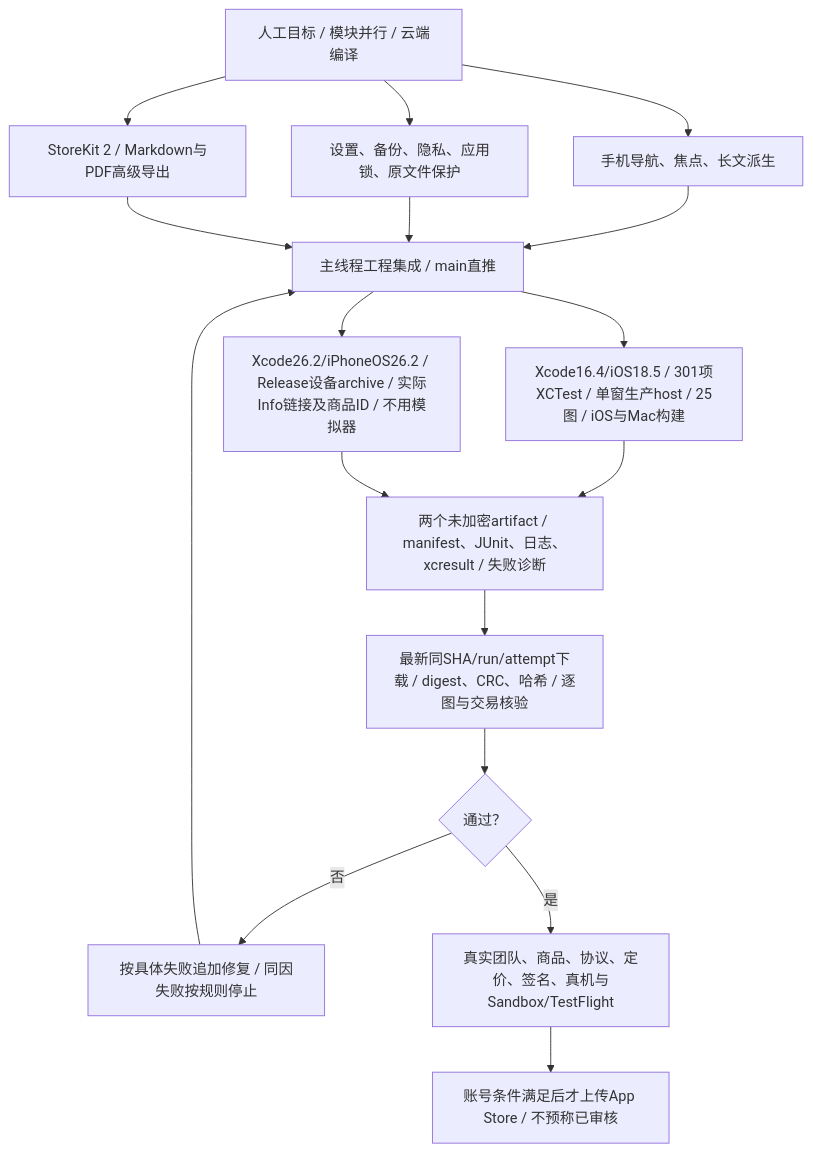
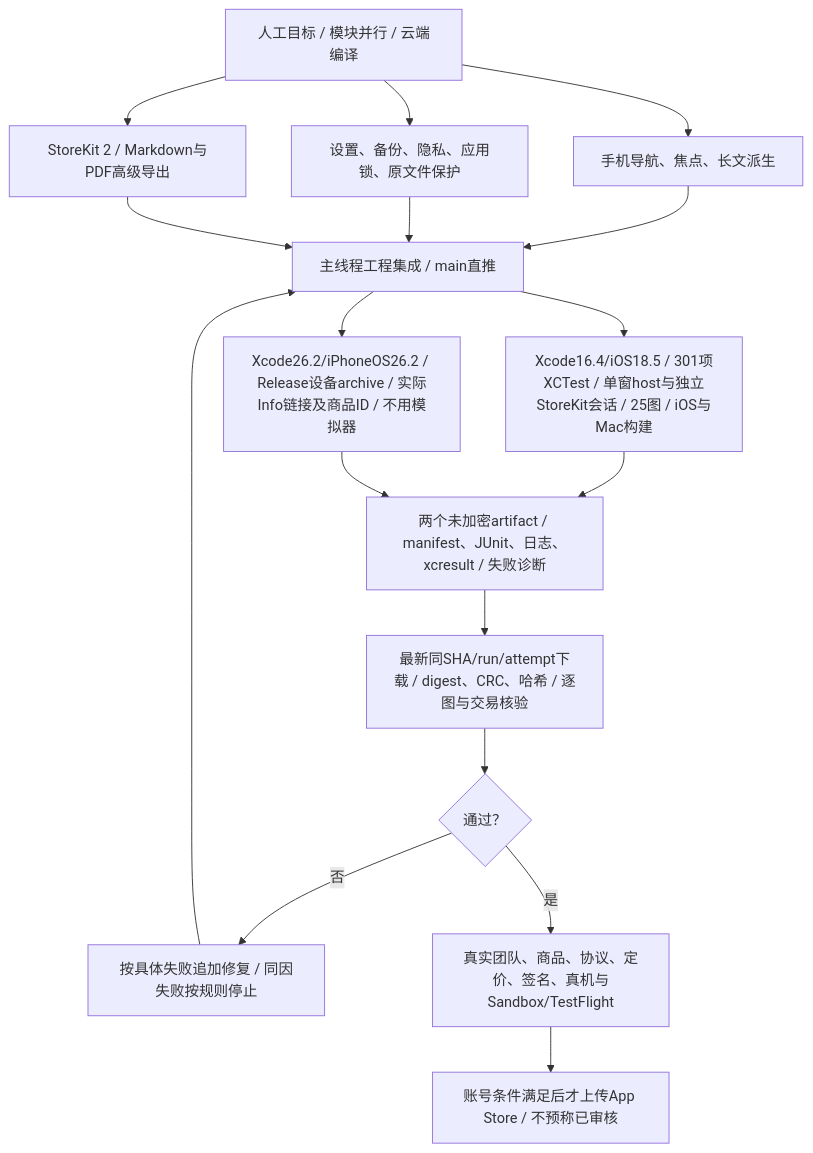
The fourth of 4 diagrams in md/flow/flowchart.md (Altman-sam114/117), drawn with Mermaid before and after one commit. The commit also changed 9 other files, not shown here.

````diff
--- a/md/flow/flowchart.md
+++ b/md/flow/flowchart.md
@@ -65,19 +65,19 @@
 ```mermaid
 flowchart TD
   User["人工目标 / 模块并行 / 云端编译"] --> Mobile["手机导航、焦点、长文派生"]
   User --> Safety["设置、备份、隐私、应用锁、原文件保护"]
   User --> Pro["StoreKit 2 / Markdown与PDF高级导出"]
   Mobile --> Integrate["主线程工程集成 / main直推"]
   Safety --> Integrate
   Pro --> Integrate
-  Integrate --> Regression["Xcode16.4/iOS18.5 / 301项XCTest / 单窗生产host / 25图 / iOS与Mac构建"]
+  Integrate --> Regression["Xcode16.4/iOS18.5 / 301项XCTest / 单窗host与独立StoreKit会话 / 25图 / iOS与Mac构建"]
   Integrate --> Archive["Xcode26.2/iPhoneOS26.2 / Release设备archive / 实际Info链接及商品ID / 不用模拟器"]
   Regression --> Results["两个未加密artifact / manifest、JUnit、日志、xcresult / 失败诊断"]
   Archive --> Results
   Results --> Review["最新同SHA/run/attempt下载 / digest、CRC、哈希 / 逐图与交易核验"]
   Review --> Gate{"通过？"}
   Gate -- "否" --> Fix["按具体失败追加修复 / 同因失败按规则停止"]
   Fix --> Integrate
   Gate -- "是" --> Account["真实团队、商品、协议、定价、签名、真机与Sandbox/TestFlight"]
   Account --> Upload["账号条件满足后才上传App Store / 不预称已审核"]
 ```
````
